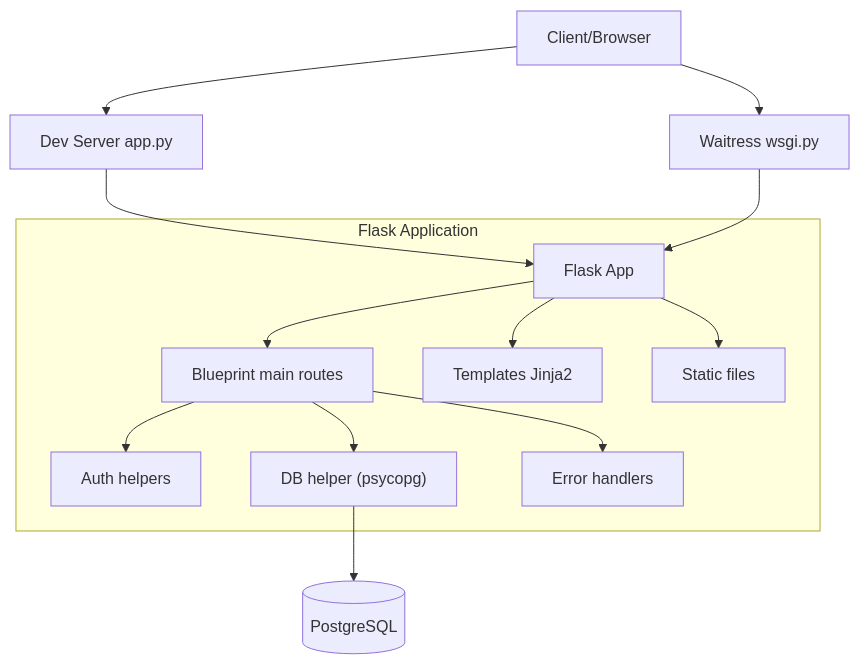
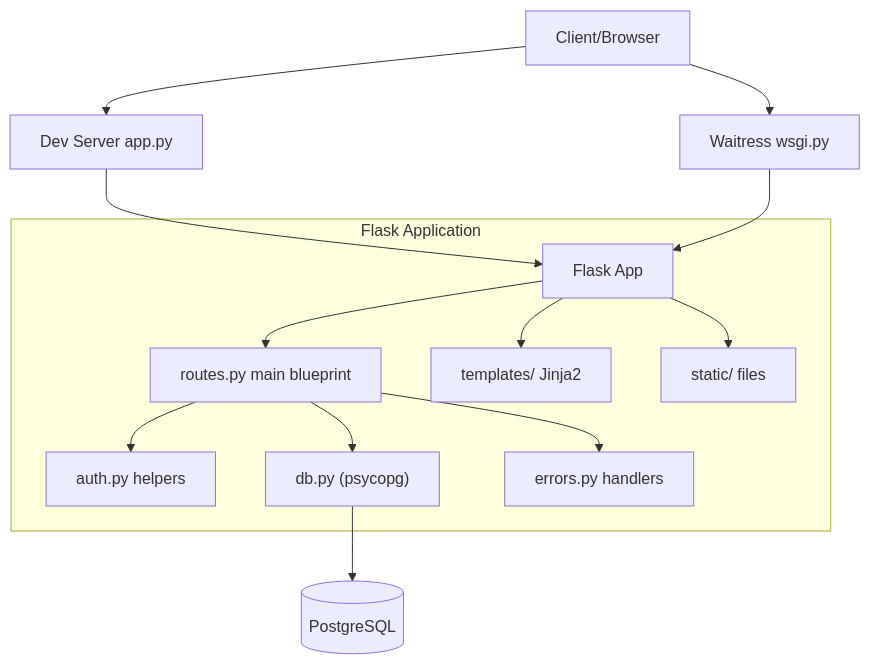
Before and after one commit to overthetop/flask_demo: the first of 3 diagrams in README.md, drawn with Mermaid. The commit also changed other lines of this file and 30 other files, not shown here.

````diff
--- a/README.md
+++ b/README.md
@@ -61,32 +61,32 @@
 ```mermaid
 flowchart TD
   %% Nodes
   A[Client/Browser]
   J[Dev Server app.py]
   K[Waitress wsgi.py]
   B[Flask App]
-  C[Blueprint main routes]
-  D[Auth helpers]
-  E["DB helper (psycopg)"]
-  F[Error handlers]
-  G[Templates Jinja2]
-  H[Static files]
+  C[routes.py main blueprint]
+  D[auth.py helpers]
+  E["db.py (psycopg)"]
+  F[errors.py handlers]
+  G[templates/ Jinja2]
+  H[static/ files]
   I[(PostgreSQL)]
 
   %% Edges
   A --> J
   A --> K
   J --> B
   K --> B
 
   subgraph Flask Application
     B --> C
     C --> D
     C --> E
     C --> F
     B --> G
     B --> H
   end
 
   E --> I
 ```
````
